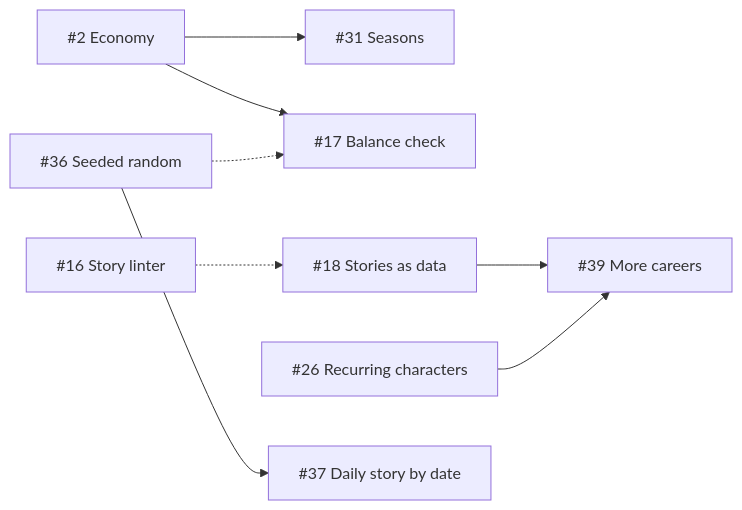
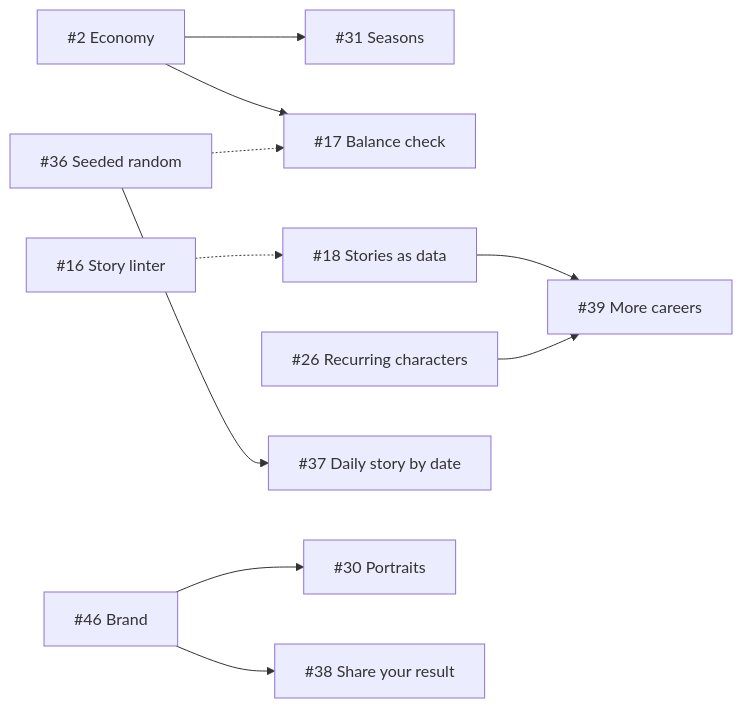
The diagram in docs/roadmap.md (tiwadara/lagos-superstar), drawn with Mermaid before and after one commit. The commit also changed other lines of this file, not shown here.

First line of the commit message:
Roadmap: add the brand epic and playtest follow-ups

````diff
--- a/docs/roadmap.md
+++ b/docs/roadmap.md
@@ -33,10 +34,12 @@
 ```mermaid
 flowchart LR
   E2["#2 Economy"] --> E31["#31 Seasons"]
   E2 --> T17["#17 Balance check"]
   E18["#18 Stories as data"] --> E39["#39 More careers"]
   E26["#26 Recurring characters"] --> E39
   T36["#36 Seeded random"] --> T37["#37 Daily story by date"]
   T36 -.-> T17
   T16["#16 Story linter"] -.-> E18
+  E46["#46 Brand"] --> T30["#30 Portraits"]
+  E46 --> T38["#38 Share your result"]
 ```
````
